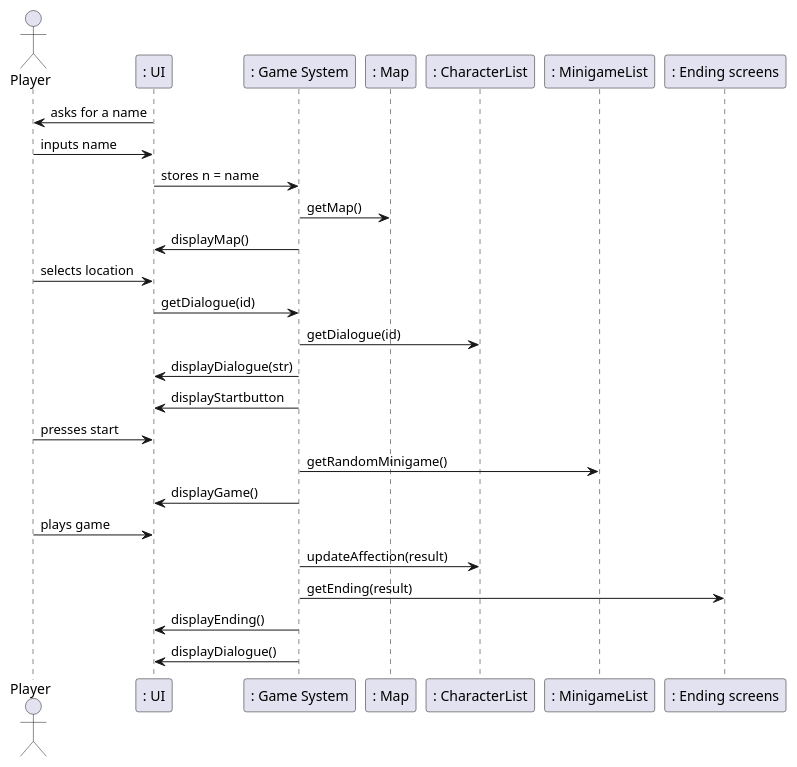
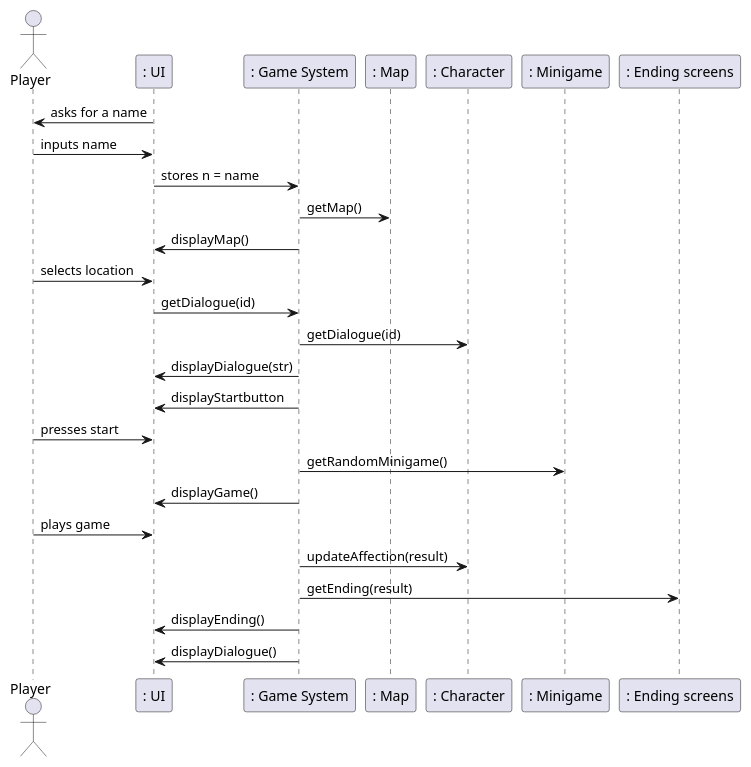
The second of 2 diagrams in intellij/doc/design.md (rsanlop/Untitled-Dating-Sim), drawn with PlantUML before and after one commit. The commit also changed other lines of this file and 8 other files, not shown here.

````diff
--- a/intellij/doc/design.md
+++ b/intellij/doc/design.md
@@ -55,31 +48,31 @@
 ```plantuml
 @startuml
 
 actor "Player" as player 
 participant ": UI" as ui
 participant ": Game System" as game
 participant ": Map" as map
-participant ": CharacterList" as character
-participant ": MinigameList" as minigame
+participant ": Character" as character
+participant ": Minigame" as minigame
 participant ": Ending screens" as ending
 
 
 ui -> player : asks for a name
 player -> ui : inputs name
 ui -> game : stores n = name
 game -> map : getMap()
 game -> ui : displayMap()
 player -> ui : selects location
 ui -> game : getDialogue(id)
 game -> character : getDialogue(id)
 game -> ui : displayDialogue(str)
 game -> ui : displayStartbutton
 player -> ui : presses start 
 game -> minigame : getRandomMinigame()
 game -> ui : displayGame()
 player -> ui : plays game
 game -> character : updateAffection(result)
 game -> ending : getEnding(result)
 game -> ui : displayEnding()
 game -> ui : displayDialogue()
 ```
````
